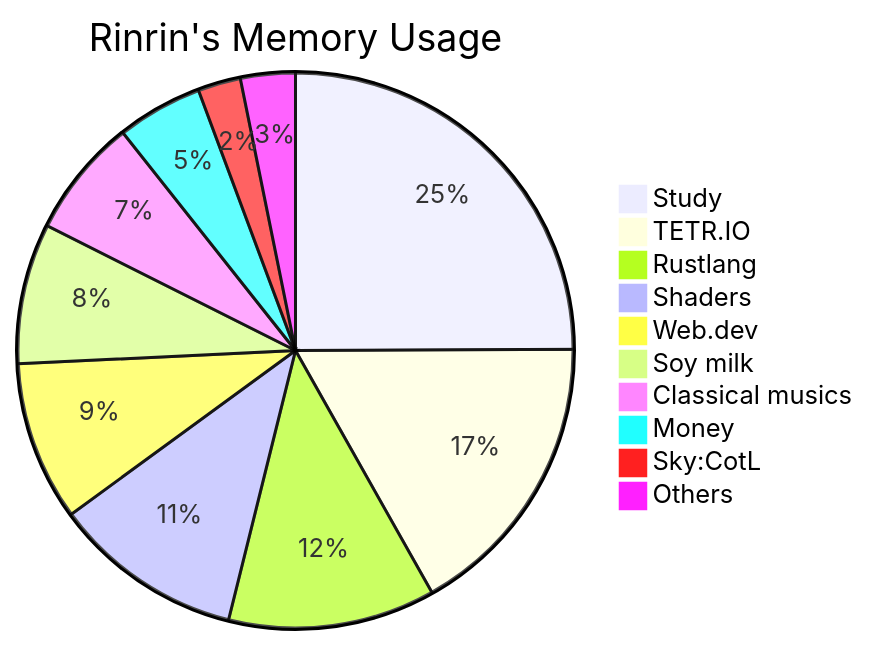
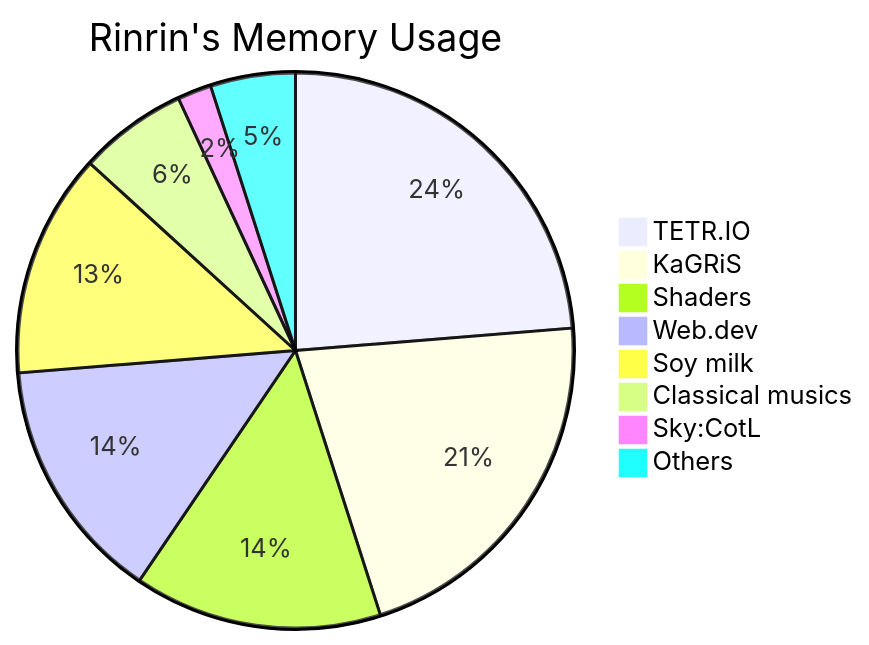
The diagram in README.md (Rinrin0413/Rinrin0413), drawn with Mermaid before and after one commit.

Commit message:
Update:Rinrin's Memory Usage

````diff
--- a/README.md
+++ b/README.md
@@ -74,13 +74,11 @@
 ```mermaid
 pie title Rinrin's Memory Usage
-    "Study": 180
-    "TETR.IO": 122
-    "Rustlang": 87
-    "Shaders": 80
-    "Web.dev": 67
-    "Soy milk": 59
-    "Classical musics": 50
-    "Money": 36
-    "Sky:CotL": 18
-    "Others": 23
+    "TETR.IO": 120
+    "KaGRiS": 108
+    "Shaders": 73
+    "Web.dev": 72
+    "Soy milk": 66
+    "Classical musics": 32
+    "Sky:CotL": 10
+    "Others": 25
 ```
````
